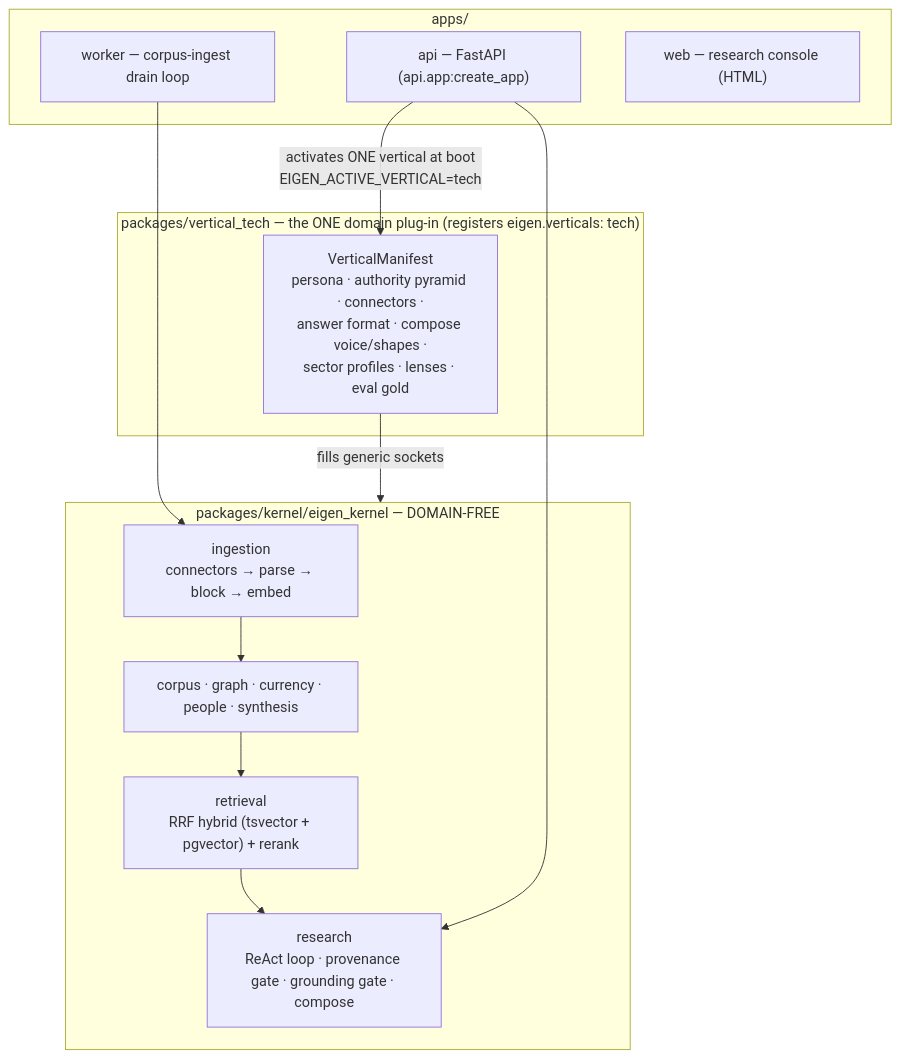
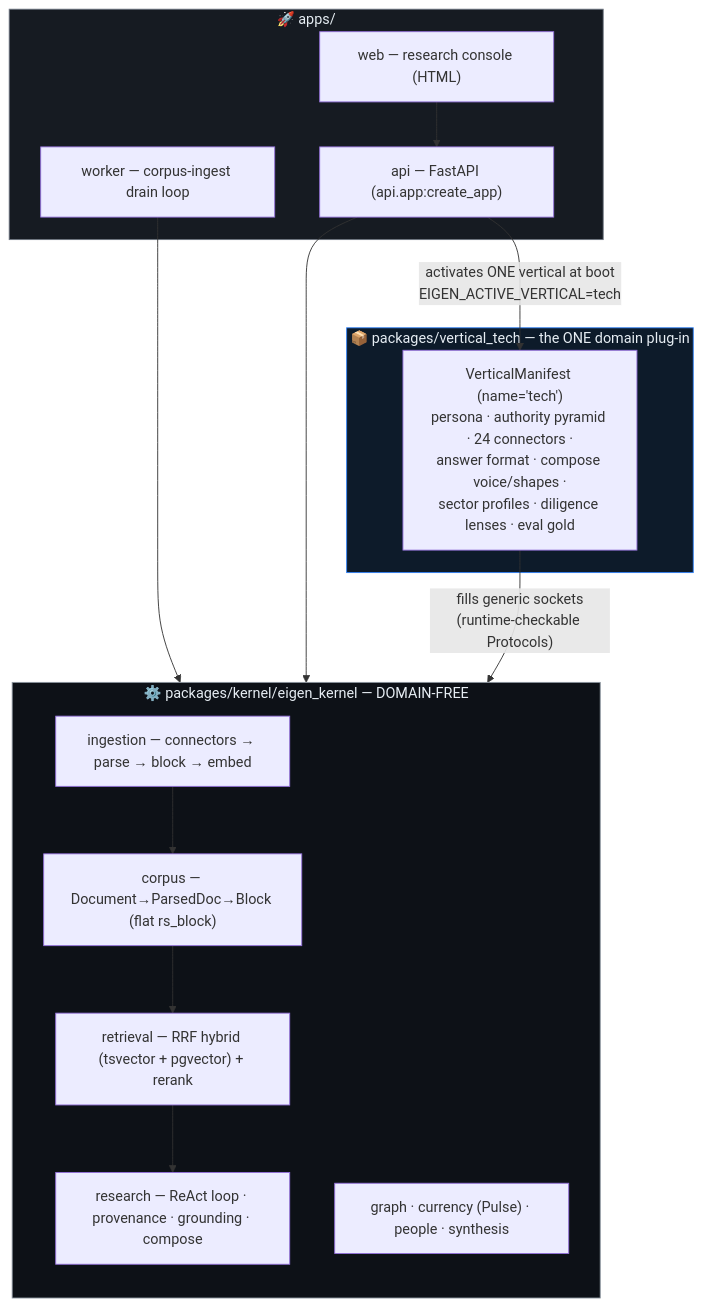
One commit to 4sgupta828/eigen changed the fifth of 13 diagrams in README.md. Above: the diagram before and after it, drawn with Mermaid. The commit also changed other lines of this file, not shown here.

First line of the commit message:
docs: expand README with detailed explanation + 13 diagrams

````diff
--- a/README.md
+++ b/README.md
@@ -51,22 +161,30 @@
 ```mermaid
 flowchart TB
-    subgraph vertical["packages/vertical_tech — the ONE domain plug-in (registers eigen.verticals: tech)"]
-        M["VerticalManifest<br/>persona · authority pyramid · connectors ·<br/>answer format · compose voice/shapes ·<br/>sector profiles · lenses · eval gold"]
+    subgraph vertical["📦 packages/vertical_tech — the ONE domain plug-in"]
+        M["VerticalManifest (name='tech')<br/>persona · authority pyramid · 24 connectors ·<br/>answer format · compose voice/shapes ·<br/>sector profiles · diligence lenses · eval gold"]
     end
-    subgraph kernel["packages/kernel/eigen_kernel — DOMAIN-FREE"]
-        ING["ingestion<br/>connectors → parse → block → embed"]
-        RET["retrieval<br/>RRF hybrid (tsvector + pgvector) + rerank"]
-        REA["research<br/>ReAct loop · provenance gate · grounding gate · compose"]
-        COR["corpus · graph · currency · people · synthesis"]
+    subgraph kernel["⚙️ packages/kernel/eigen_kernel — DOMAIN-FREE"]
+        direction TB
+        ING["ingestion — connectors → parse → block → embed"]
+        COR["corpus — Document→ParsedDoc→Block (flat rs_block)"]
+        RET["retrieval — RRF hybrid (tsvector + pgvector) + rerank"]
+        REA["research — ReAct loop · provenance · grounding · compose"]
+        EXTRA["graph · currency (Pulse) · people · synthesis"]
+        ING --> COR --> RET --> REA
     end
-    subgraph apps["apps/"]
+    subgraph apps["🚀 apps/"]
         API["api — FastAPI (api.app:create_app)"]
         WRK["worker — corpus-ingest drain loop"]
         WEB["web — research console (HTML)"]
     end
-    M -->|fills generic sockets| kernel
-    API -->|activates ONE vertical at boot<br/>EIGEN_ACTIVE_VERTICAL=tech| M
+
+    M -->|"fills generic sockets<br/>(runtime-checkable Protocols)"| kernel
+    API -->|"activates ONE vertical at boot<br/>EIGEN_ACTIVE_VERTICAL=tech"| M
+    WEB --> API
     WRK --> ING
-    ING --> COR --> RET --> REA
     API --> REA
+
+    style vertical fill:#0d1b2a,stroke:#2f81f7,color:#e6edf3
+    style kernel fill:#0d1117,stroke:#8b949e,color:#e6edf3
+    style apps fill:#161b22,stroke:#6e7681,color:#e6edf3
 ```
````
